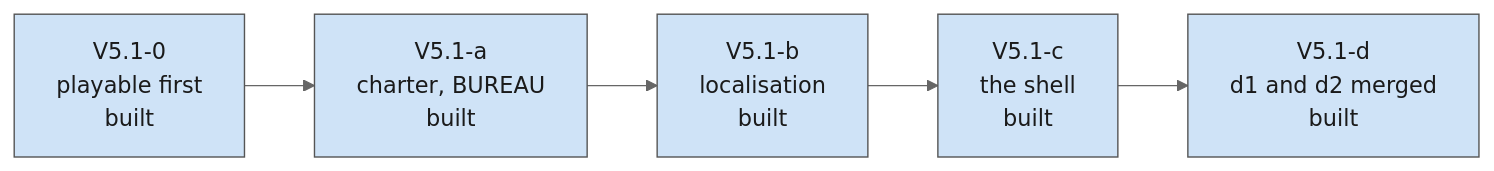
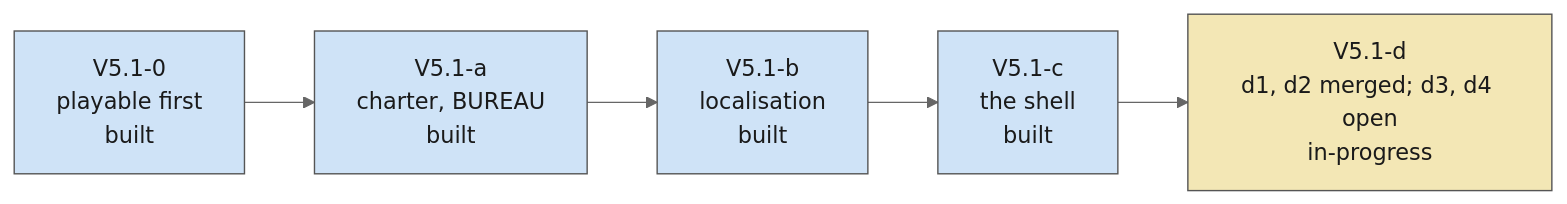
Before and after one commit to powerbassist/World-simulator: the second of 2 diagrams in docs/tiers/v5.md, drawn with Mermaid (neutral theme). The commit also changed other lines of this file, not shown here.

Commit message:
Vault: V5.1-d is in progress, not built (parent's correction)
d1a, d1b, d1c and d2 are merged; d3 (#83) is at QA and d4 is in progress, and
V5.1's closing play gate is still to come. The roadmap is regenerated.

````diff
--- a/docs/tiers/v5.md
+++ b/docs/tiers/v5.md
@@ -80,13 +80,13 @@
 ```mermaid
 flowchart LR
   V51_0["V5.1-0<br/>playable first<br/>built"]:::built
   V51_a["V5.1-a<br/>charter, BUREAU<br/>built"]:::built
   V51_b["V5.1-b<br/>localisation<br/>built"]:::built
   V51_c["V5.1-c<br/>the shell<br/>built"]:::built
-  V51_d["V5.1-d<br/>d1 and d2 merged<br/>built"]:::built
+  V51_d["V5.1-d<br/>d1, d2 merged; d3, d4 open<br/>in-progress"]:::inprogress
   V51_0 --> V51_a --> V51_b --> V51_c --> V51_d
   classDef closed fill:#cdebd3,stroke:#555,color:#1a1a1a
   classDef built fill:#cfe3f7,stroke:#555,color:#1a1a1a
   classDef inprogress fill:#f3e7b5,stroke:#555,color:#1a1a1a
   classDef planned fill:#ececec,stroke:#555,color:#1a1a1a,stroke-dasharray:4 3
 ```
````
